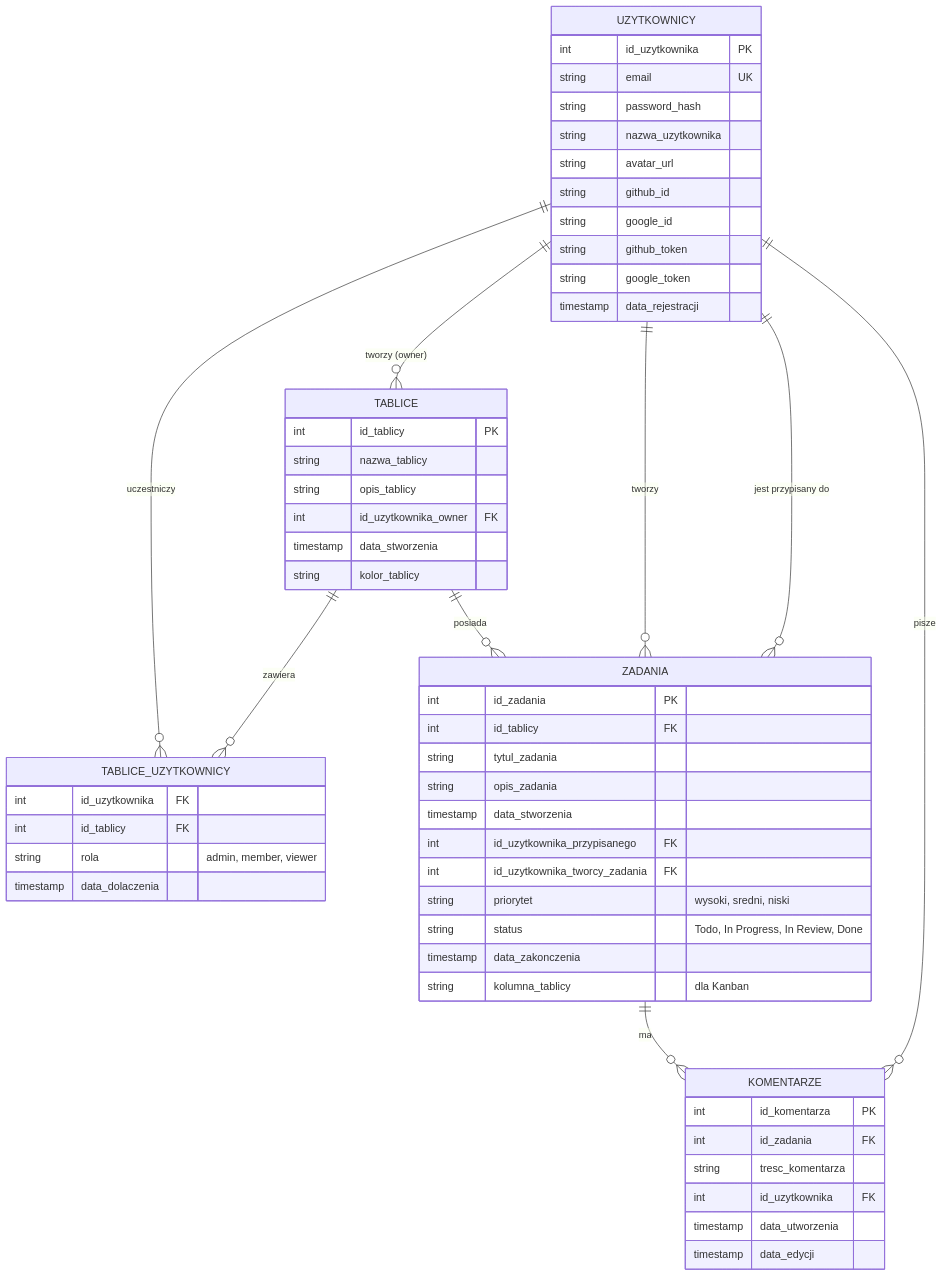
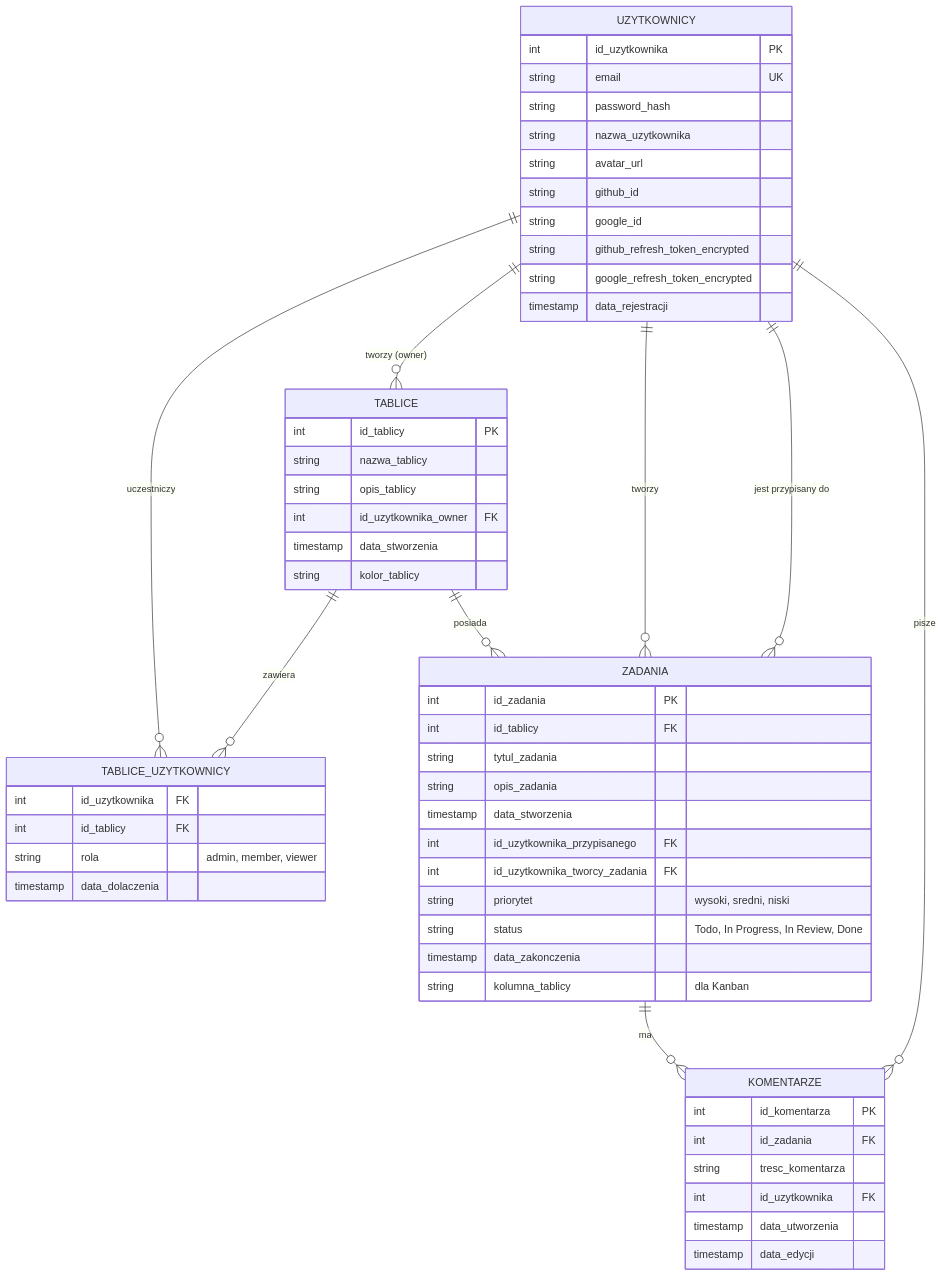
Before and after one commit to livcia/project-integration-of-it-systems: the diagram in README.md, drawn with Mermaid.

Commit message:
Potential fix for pull request finding

````diff
--- a/README.md
+++ b/README.md
@@ -11,63 +11,63 @@
 ```mermaid
 erDiagram
     UZYTKOWNICY ||--o{ TABLICE : "tworzy (owner)"
     UZYTKOWNICY ||--o{ TABLICE_UZYTKOWNICY : "uczestniczy"
     TABLICE ||--o{ TABLICE_UZYTKOWNICY : "zawiera"
     TABLICE ||--o{ ZADANIA : "posiada"
     UZYTKOWNICY ||--o{ ZADANIA : "tworzy"
     UZYTKOWNICY ||--o{ ZADANIA : "jest przypisany do"
     ZADANIA ||--o{ KOMENTARZE : "ma"
     UZYTKOWNICY ||--o{ KOMENTARZE : "pisze"
 
     UZYTKOWNICY {
         int id_uzytkownika PK
         string email UK
         string password_hash
         string nazwa_uzytkownika
         string avatar_url
         string github_id
         string google_id
-        string github_token
-        string google_token
+        string github_refresh_token_encrypted
+        string google_refresh_token_encrypted
         timestamp data_rejestracji
     }
 
     TABLICE {
         int id_tablicy PK
         string nazwa_tablicy
         string opis_tablicy
         int id_uzytkownika_owner FK
         timestamp data_stworzenia
         string kolor_tablicy
     }
 
     TABLICE_UZYTKOWNICY {
         int id_uzytkownika FK
         int id_tablicy FK
         string rola "admin, member, viewer"
         timestamp data_dolaczenia
     }
 
     ZADANIA {
         int id_zadania PK
         int id_tablicy FK
         string tytul_zadania
         string opis_zadania
         timestamp data_stworzenia
         int id_uzytkownika_przypisanego FK
         int id_uzytkownika_tworcy_zadania FK
         string priorytet "wysoki, sredni, niski"
         string status "Todo, In Progress, In Review, Done"
         timestamp data_zakonczenia
         string kolumna_tablicy "dla Kanban"
     }
 
     KOMENTARZE {
         int id_komentarza PK
         int id_zadania FK
         string tresc_komentarza
         int id_uzytkownika FK
         timestamp data_utworzenia
         timestamp data_edycji
     }
 ```
````
